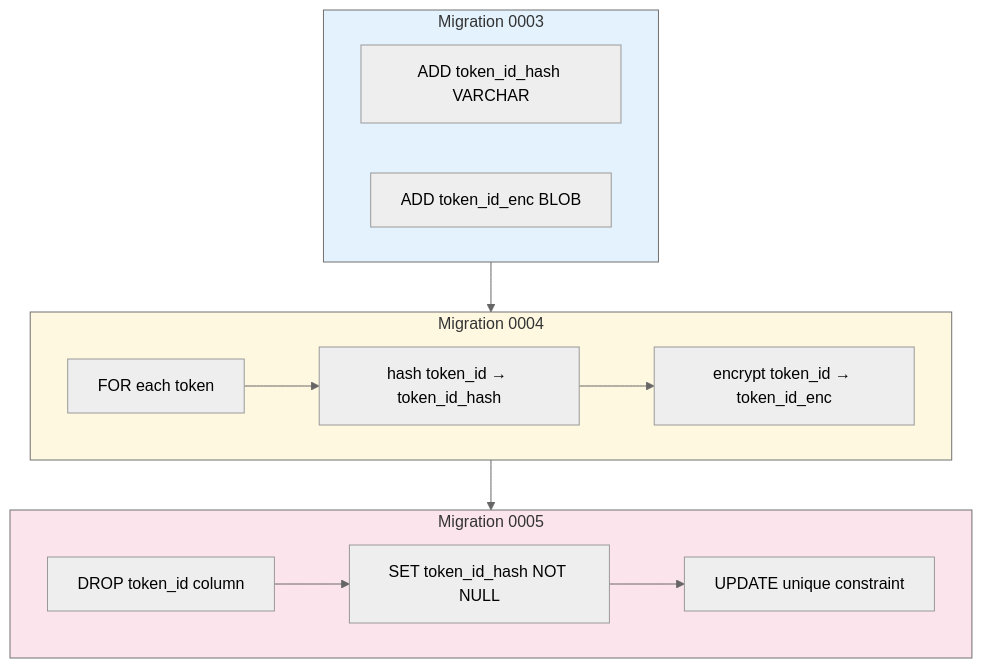
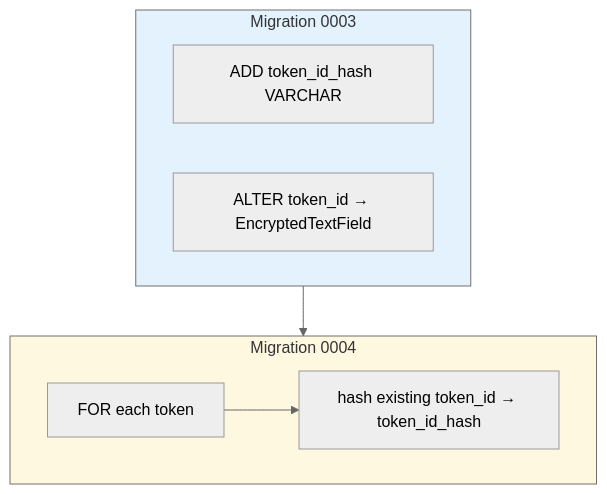
The third of 5 diagrams in docs/PLAN_MMT_ENCRYPTION.md (bp-ventures/meshc), drawn with Mermaid (neutral theme) before and after one commit. The commit also changed other lines of this file, not shown here.

Commit message:
Simplify MMT encryption: in-place field type change, 2 migrations

````diff
--- a/docs/PLAN_MMT_ENCRYPTION.md
+++ b/docs/PLAN_MMT_ENCRYPTION.md
@@ -76,27 +76,18 @@
 ```mermaid
 flowchart TD
     subgraph M1[Migration 0003]
         A1[ADD token_id_hash VARCHAR]
-        A2[ADD token_id_enc BLOB]
+        A2[ALTER token_id → EncryptedTextField]
     end
 
     subgraph M2[Migration 0004]
         B1[FOR each token]
-        B2[hash token_id → token_id_hash]
-        B3[encrypt token_id → token_id_enc]
-        B1 --> B2 --> B3
+        B2[hash existing token_id → token_id_hash]
+        B1 --> B2
     end
 
-    subgraph M3[Migration 0005]
-        C1[DROP token_id column]
-        C2[SET token_id_hash NOT NULL]
-        C3[UPDATE unique constraint]
-        C1 --> C2 --> C3
-    end
-
-    M1 --> M2 --> M3
+    M1 --> M2
 
     style M1 fill:#e3f2fd
     style M2 fill:#fff8e1
-    style M3 fill:#fce4ec
 ```
````
